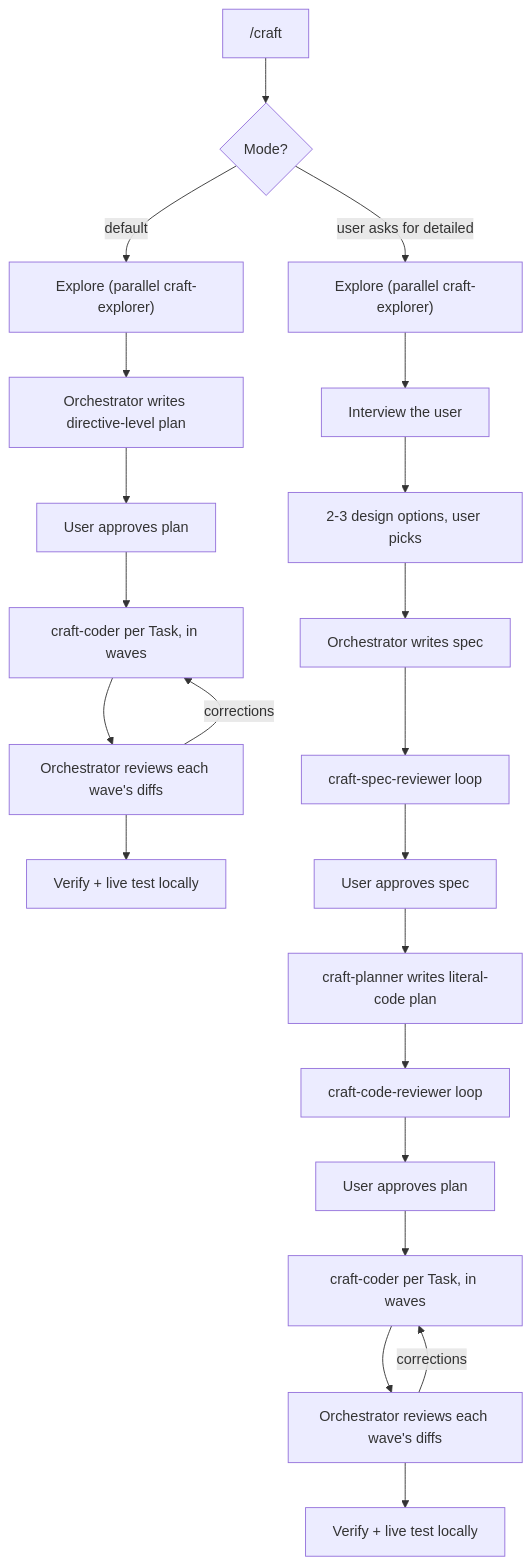
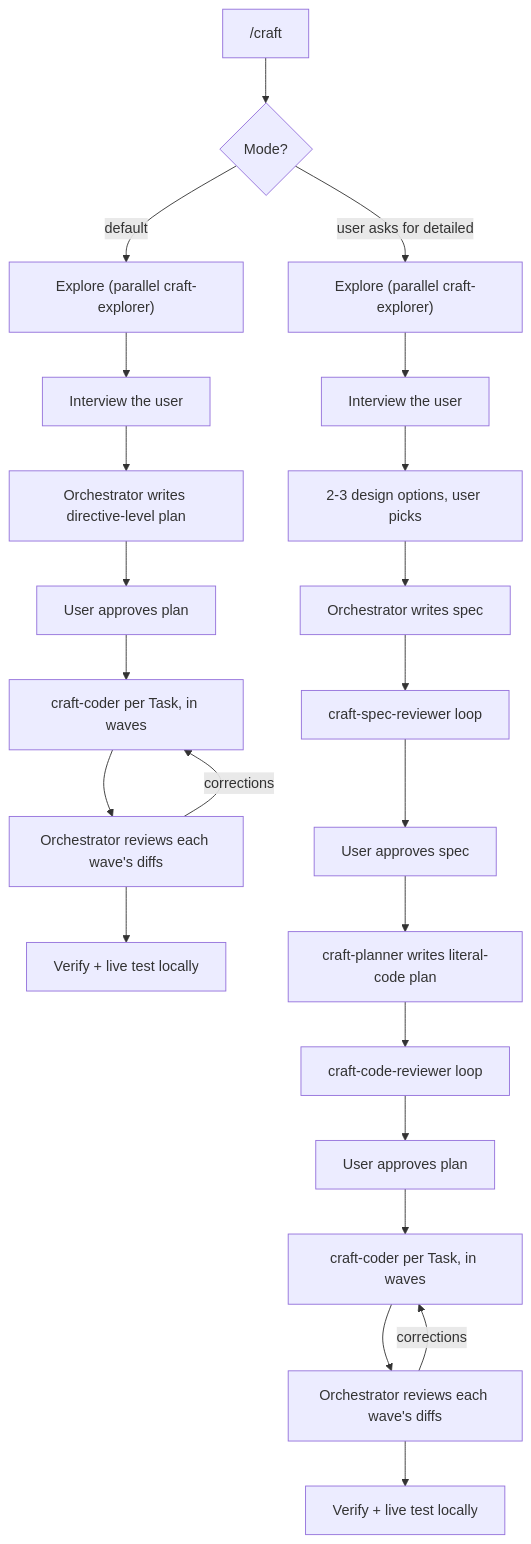
One commit to AidenHadisi/craft changed the diagram in README.md. Above: the diagram before and after it, drawn with Mermaid. The commit also changed other lines of this file and 3 other files, not shown here.

First line of the commit message:
feat: bold-headline plan format and interview step for quick mode

````diff
--- a/README.md
+++ b/README.md
@@ -39,25 +39,26 @@
 ```mermaid
 flowchart TD
     start["/craft"] --> mode{"Mode?"}
     mode -->|default| qexplore["Explore (parallel craft-explorer)"]
-    qexplore --> qplan["Orchestrator writes directive-level plan"]
+    qexplore --> qinterview["Interview the user"]
+    qinterview --> qplan["Orchestrator writes directive-level plan"]
     qplan --> qgate["User approves plan"]
     qgate --> qbuild["craft-coder per Task, in waves"]
     qbuild --> qreview["Orchestrator reviews each wave's diffs"]
     qreview -->|corrections| qbuild
     qreview --> qverify["Verify + live test locally"]
 
     mode -->|"user asks for detailed"| dexplore["Explore (parallel craft-explorer)"]
     dexplore --> interview["Interview the user"]
     interview --> designs["2-3 design options, user picks"]
     designs --> spec["Orchestrator writes spec"]
     spec --> specrev["craft-spec-reviewer loop"]
     specrev --> specgate["User approves spec"]
     specgate --> planner["craft-planner writes literal-code plan"]
     planner --> coderev["craft-code-reviewer loop"]
     coderev --> plangate["User approves plan"]
     plangate --> dbuild["craft-coder per Task, in waves"]
     dbuild --> dreview["Orchestrator reviews each wave's diffs"]
     dreview -->|corrections| dbuild
     dreview --> dverify["Verify + live test locally"]
 ```
````
